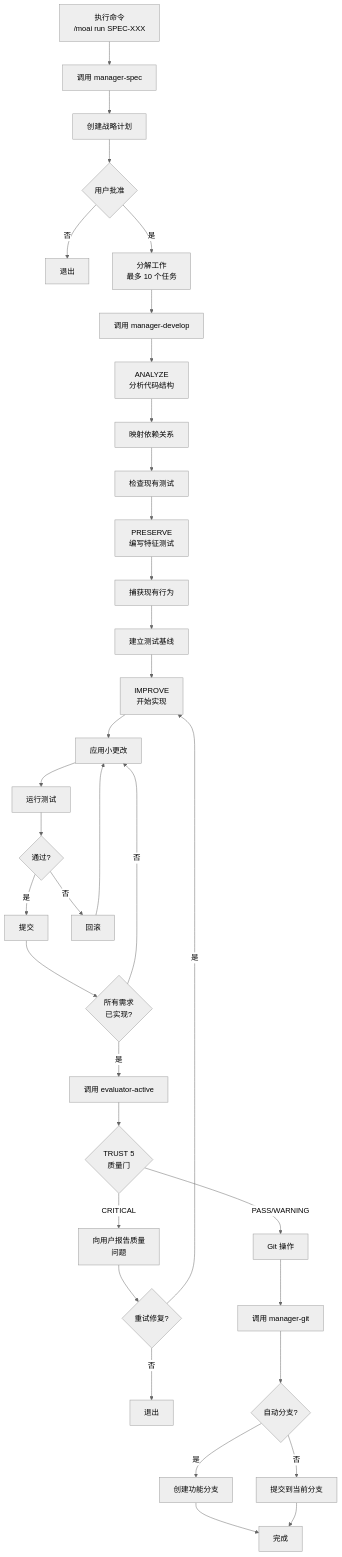
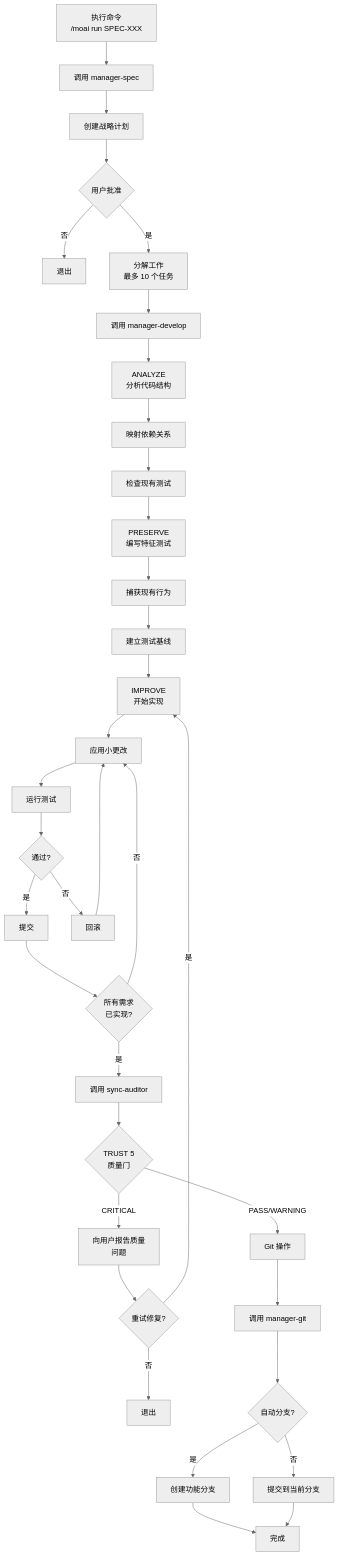
Before and after one commit to modu-ai/moai-adk: the second of 2 diagrams in docs-site/content/zh/workflow-commands/moai-run.md, drawn with Mermaid (neutral theme). The commit also changed other lines of this file and 149 other files, not shown here.

First line of the commit message:
chore(agents): evaluator-active를 sync-auditor로 rename (plan-auditor phase 대칭)

````diff
--- a/docs-site/content/zh/workflow-commands/moai-run.md
+++ b/docs-site/content/zh/workflow-commands/moai-run.md
@@ -114,45 +114,45 @@
 ```mermaid
 flowchart TD
     A["执行命令<br/>/moai run SPEC-XXX"] --> B["调用 manager-spec"]
     B --> C["创建战略计划"]
 
     C --> D{"用户批准"}
     D -->|否| E["退出"]
     D -->|是| F["分解工作<br/>最多 10 个任务"]
 
     F --> G["调用 manager-develop"]
     G --> H["ANALYZE<br/>分析代码结构"]
     H --> I["映射依赖关系"]
     I --> J["检查现有测试"]
 
     J --> K["PRESERVE<br/>编写特征测试"]
     K --> L["捕获现有行为"]
     L --> M["建立测试基线"]
 
     M --> N["IMPROVE<br/>开始实现"]
     N --> O["应用小更改"]
     O --> P["运行测试"]
     P --> Q{"通过?"}
     Q -->|是| R["提交"]
     R --> S{"所有需求<br/>已实现?"}
     S -->|否| O
-    S -->|是| T["调用 evaluator-active"]
+    S -->|是| T["调用 sync-auditor"]
 
     Q -->|否| U["回滚"]
     U --> O
 
     T --> V{"TRUST 5<br/>质量门"}
     V -->|CRITICAL| W["向用户报告质量<br/>问题"]
     V -->|PASS/WARNING| X["Git 操作"]
 
     W --> Y{"重试修复?"}
     Y -->|是| N
     Y -->|否| Z["退出"]
 
     X --> AA["调用 manager-git"]
     AA --> AB{"自动分支?"}
     AB -->|是| AC["创建功能分支"]
     AB -->|否| AD["提交到当前分支"]
     AC --> AE["完成"]
     AD --> AE
 ```
````
